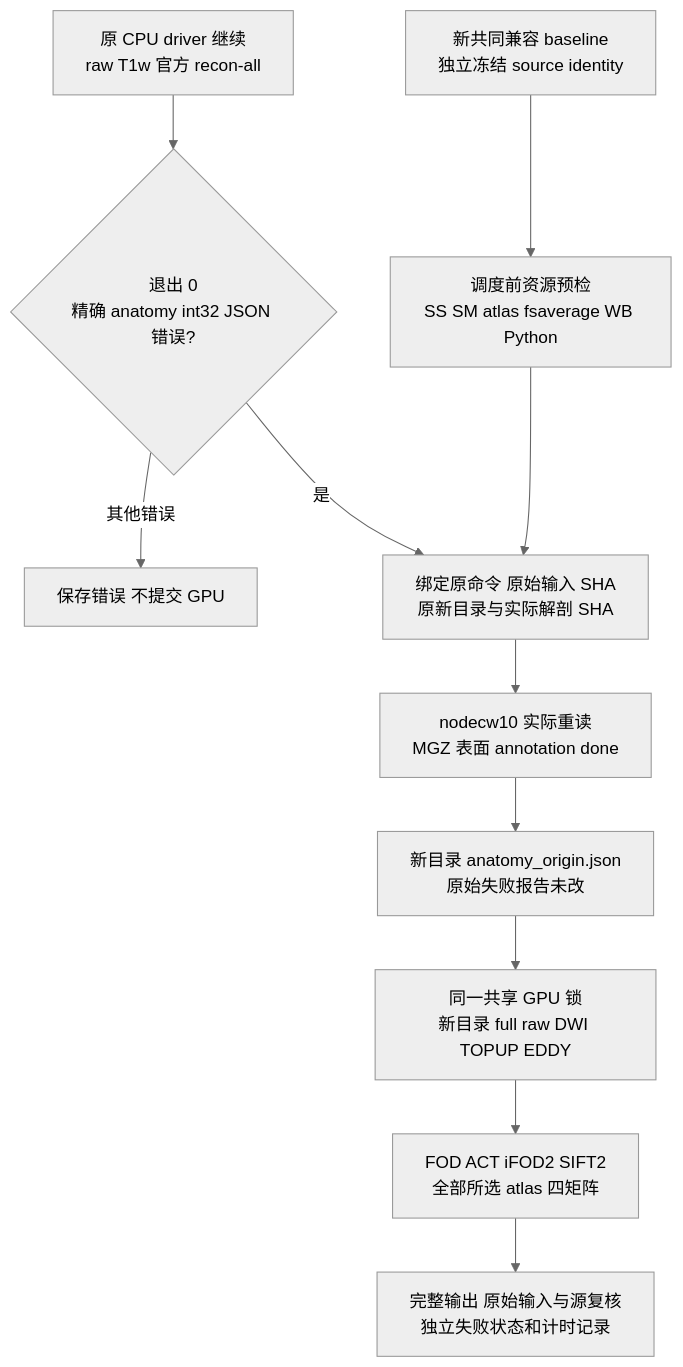
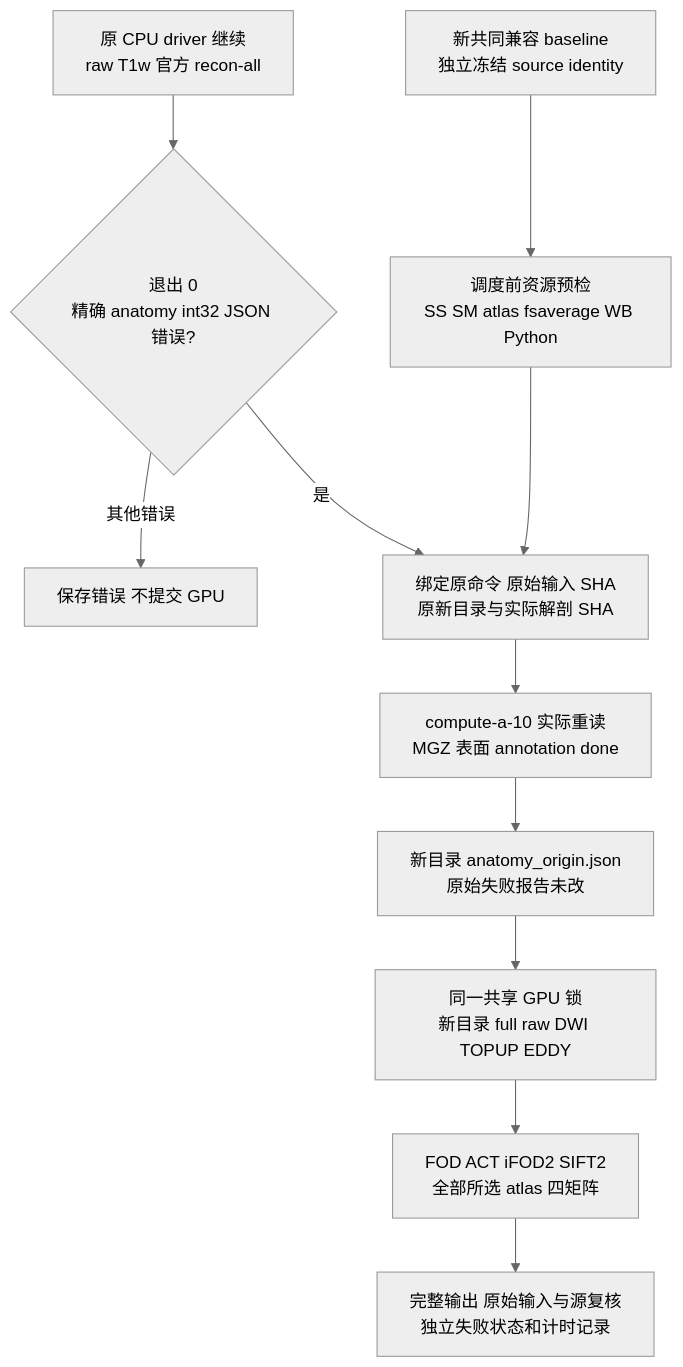
The diagram in docs/connectome/raw_cohort_controlled_rerun.md (weikanggong1/Fudan-Neuroimaging-toolkit), drawn with Mermaid (neutral theme) before and after one commit. The commit also changed other lines of this file and 5497 other files, not shown here.

````diff
--- a/docs/connectome/raw_cohort_controlled_rerun.md
+++ b/docs/connectome/raw_cohort_controlled_rerun.md
@@ -11,13 +11,13 @@
 ```mermaid
 flowchart TD
     A[原 CPU driver 继续<br/>raw T1w 官方 recon-all] --> B{退出 0<br/>精确 anatomy int32 JSON 错误?}
     B -->|其他错误| X[保存错误 不提交 GPU]
     B -->|是| C[绑定原命令 原始输入 SHA<br/>原新目录与实际解剖 SHA]
     D[新共同兼容 baseline<br/>独立冻结 source identity] --> E[调度前资源预检<br/>SS SM atlas fsaverage WB Python]
     E --> C
-    C --> F[nodecw10 实际重读<br/>MGZ 表面 annotation done]
+    C --> F[compute-a-10 实际重读<br/>MGZ 表面 annotation done]
     F --> G[新目录 anatomy_origin.json<br/>原始失败报告未改]
     G --> H[同一共享 GPU 锁<br/>新目录 full raw DWI TOPUP EDDY]
     H --> I[FOD ACT iFOD2 SIFT2<br/>全部所选 atlas 四矩阵]
     I --> J[完整输出 原始输入与源复核<br/>独立失败状态和计时记录]
 ```
````
